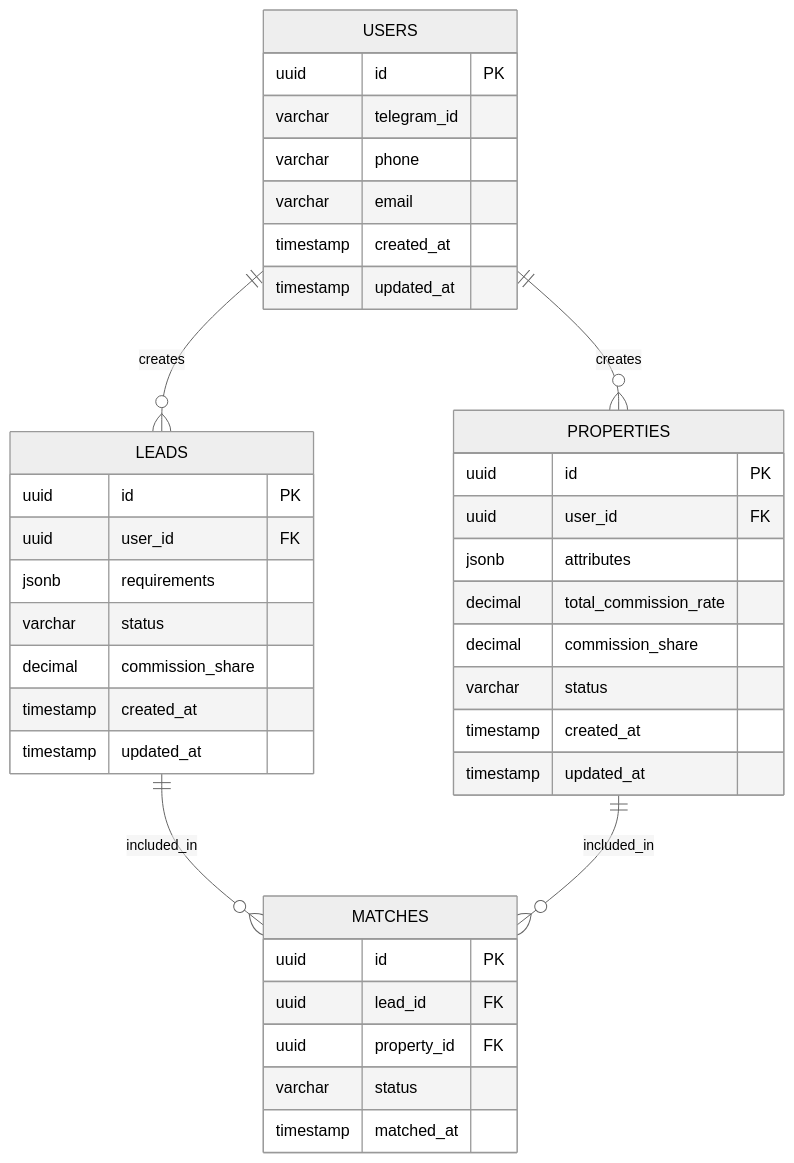
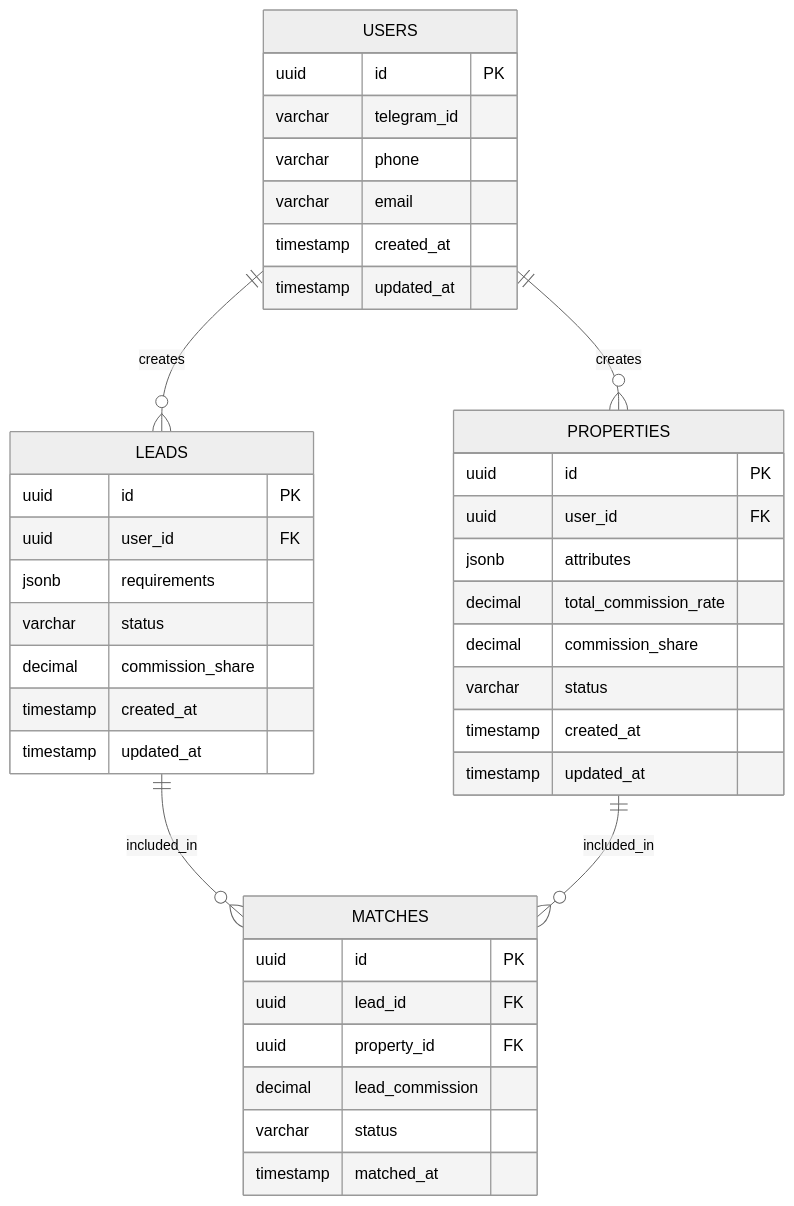
The sixth of 6 diagrams in design/architecture.md (lead-exchange/docs), drawn with Mermaid (neutral theme) before and after one commit. The commit also changed other lines of this file and 1 other file, not shown here.

Commit message:
feat(architecture): add metches illustration

````diff
--- a/design/architecture.md
+++ b/design/architecture.md
@@ -202,45 +203,46 @@
 ```mermaid
 erDiagram
     USERS ||--o{ LEADS : creates
     USERS ||--o{ PROPERTIES : creates
     LEADS ||--o{ MATCHES : included_in
     PROPERTIES ||--o{ MATCHES : included_in
     
     USERS {
         uuid id PK
         varchar telegram_id
         varchar phone
         varchar email
         timestamp created_at
         timestamp updated_at
     }
     
     LEADS {
         uuid id PK
         uuid user_id FK
         jsonb requirements
         varchar status
         decimal commission_share
         timestamp created_at
         timestamp updated_at
     }
     
     PROPERTIES {
         uuid id PK
         uuid user_id FK
         jsonb attributes
         decimal total_commission_rate
         decimal commission_share
         varchar status
         timestamp created_at
         timestamp updated_at
     }
     
     MATCHES {
         uuid id PK
         uuid lead_id FK
         uuid property_id FK
+        decimal lead_commission
         varchar status
         timestamp matched_at
     }
 ```
````
